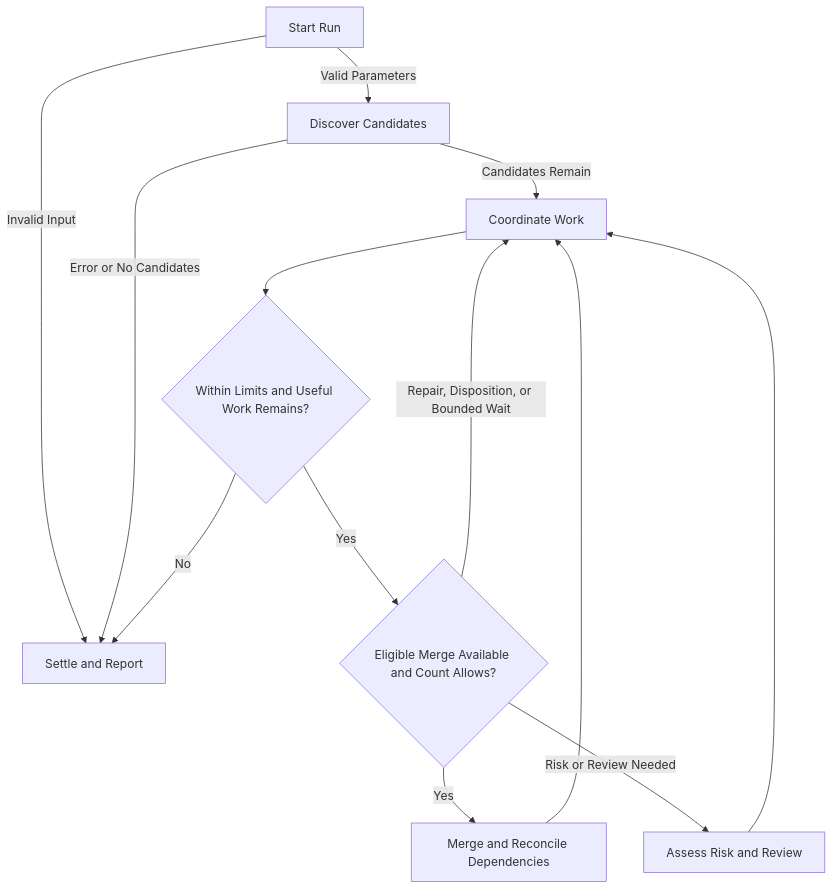
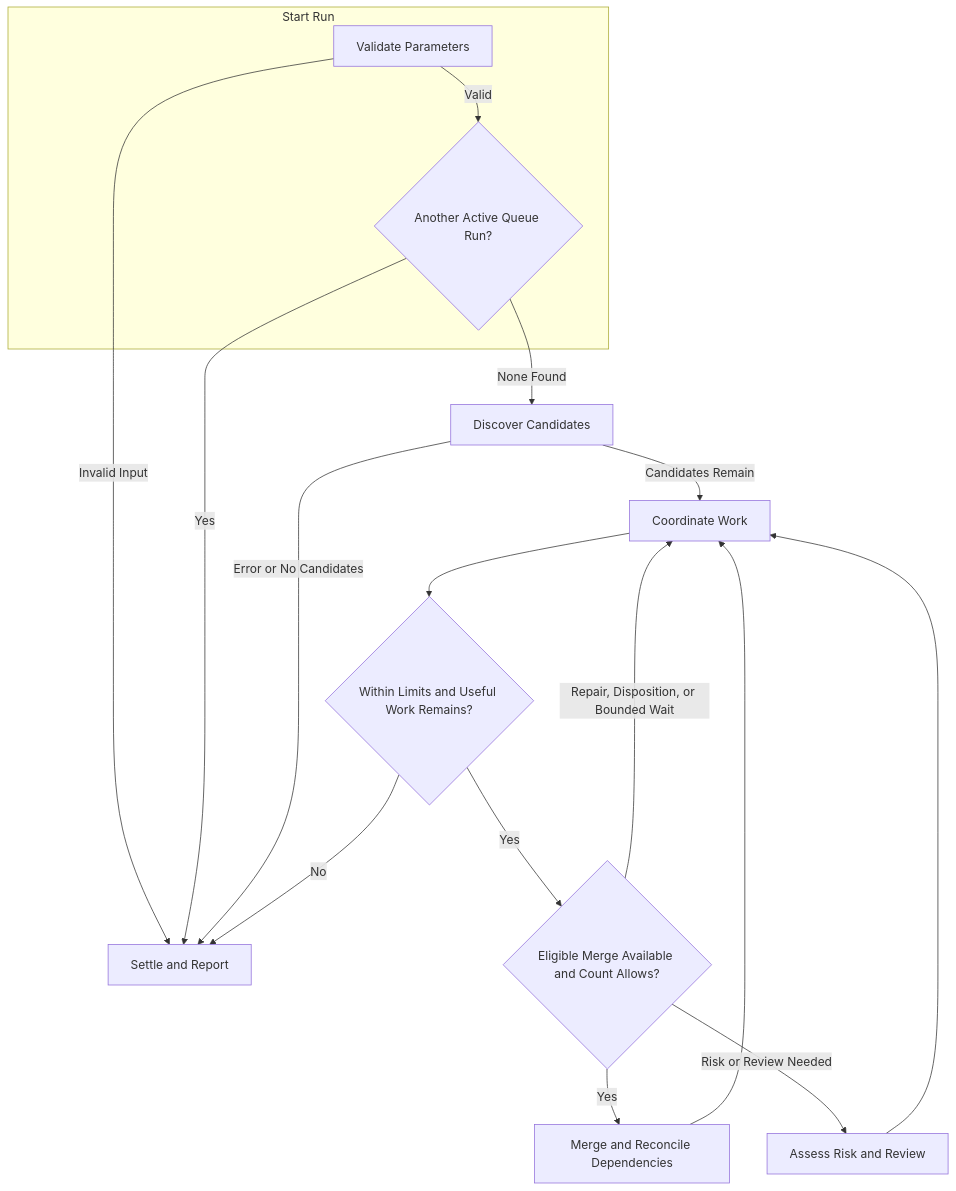
One commit to schmingle/config changed the diagram in .claude/skills/pr-merge-queue/SKILL.md. Above: the diagram before and after it, drawn with Mermaid. The commit also changed other lines of this file and 1 other file, not shown here.

Commit message:
Check for concurrent merge queue invocations at startup
After validating parameters, inspect available native state for another active same-repository queue run before PR discovery. Preserve provider-specific tools and component ownership checks without requiring exhaustive listings.

````diff
--- a/.claude/skills/pr-merge-queue/SKILL.md
+++ b/.claude/skills/pr-merge-queue/SKILL.md
@@ -22,15 +22,19 @@
 ```mermaid
 flowchart TD
-    Start[Start Run] -->|Valid Parameters| Discover[Discover Candidates]
-    Start -->|Invalid Input| Report[Settle and Report]
+    subgraph Start[Start Run]
+        Validate[Validate Parameters] -->|Valid|Concurrent{Another Active Queue Run?}
+    end
+    Validate -->|Invalid Input| Report[Settle and Report]
+    Concurrent -->|Yes| Report
+    Concurrent -->|None Found| Discover[Discover Candidates]
     Discover -->|Error or No Candidates| Report
     Discover -->|Candidates Remain| Coordinate[Coordinate Work]
     Coordinate --> Continue{Within Limits and Useful Work Remains?}
     Continue -->|No| Report
     Continue -->|Yes| Ready{Eligible Merge Available and Count Allows?}
     Ready -->|Yes| Merge[Merge and Reconcile Dependencies]
     Merge --> Coordinate
     Ready -->|Risk or Review Needed| Review[Assess Risk and Review]
     Review --> Coordinate
     Ready -->|Repair, Disposition, or Bounded Wait| Coordinate
 ```
````
